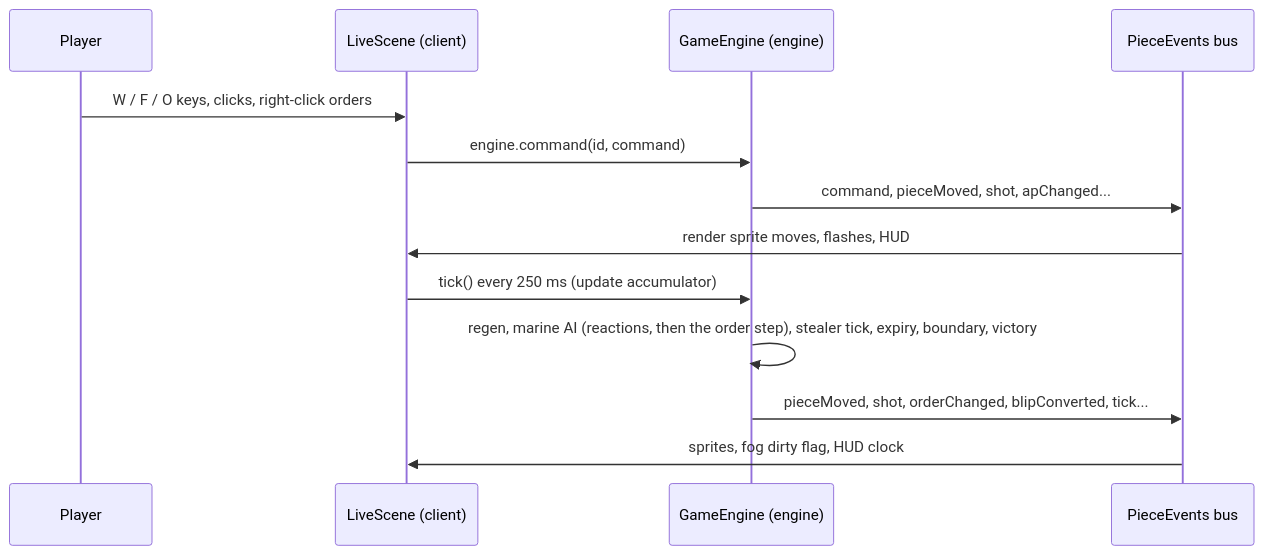
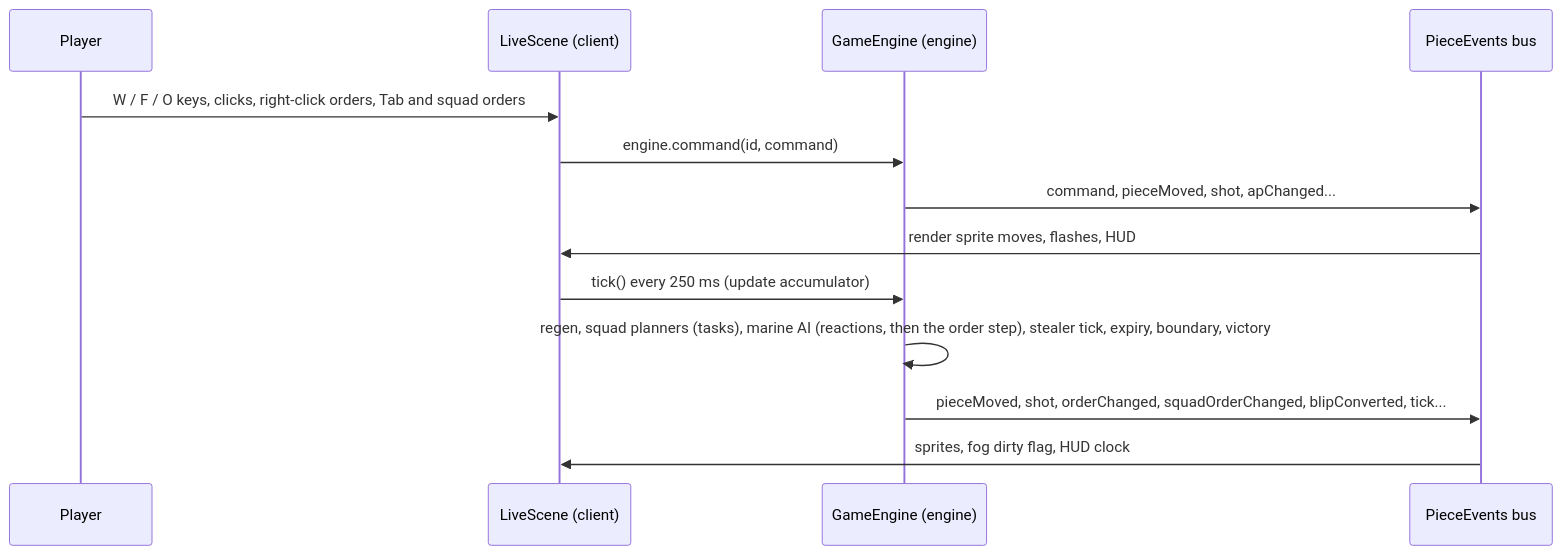
One commit to harryf/sulkweb changed the diagram in docs/architecture.md. Above: the diagram before and after it, drawn with Mermaid. The commit also changed other lines of this file and 26 other files, not shown here.

````diff
--- a/docs/architecture.md
+++ b/docs/architecture.md
@@ -85,15 +87,15 @@
 ```mermaid
 sequenceDiagram
     participant P as Player
     participant C as LiveScene (client)
     participant E as GameEngine (engine)
     participant B as PieceEvents bus
-    P->>C: W / F / O keys, clicks, right-click orders
+    P->>C: W / F / O keys, clicks, right-click orders, Tab and squad orders
     C->>E: engine.command(id, command)
     E->>B: command, pieceMoved, shot, apChanged...
     B->>C: render sprite moves, flashes, HUD
     C->>E: tick() every 250 ms (update accumulator)
-    E->>E: regen, marine AI (reactions, then the order step), stealer tick, expiry, boundary, victory
-    E->>B: pieceMoved, shot, orderChanged, blipConverted, tick...
+    E->>E: regen, squad planners (tasks), marine AI (reactions, then the order step), stealer tick, expiry, boundary, victory
+    E->>B: pieceMoved, shot, orderChanged, squadOrderChanged, blipConverted, tick...
     B->>C: sprites, fog dirty flag, HUD clock
 ```
````
